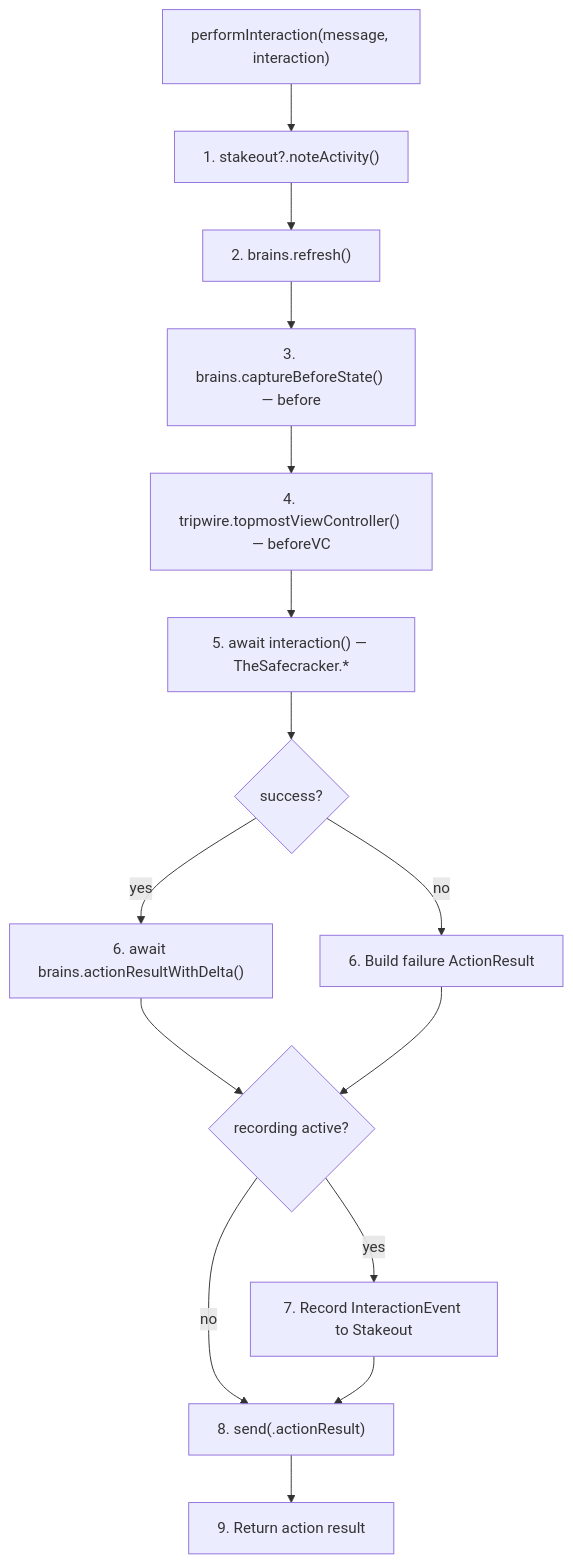
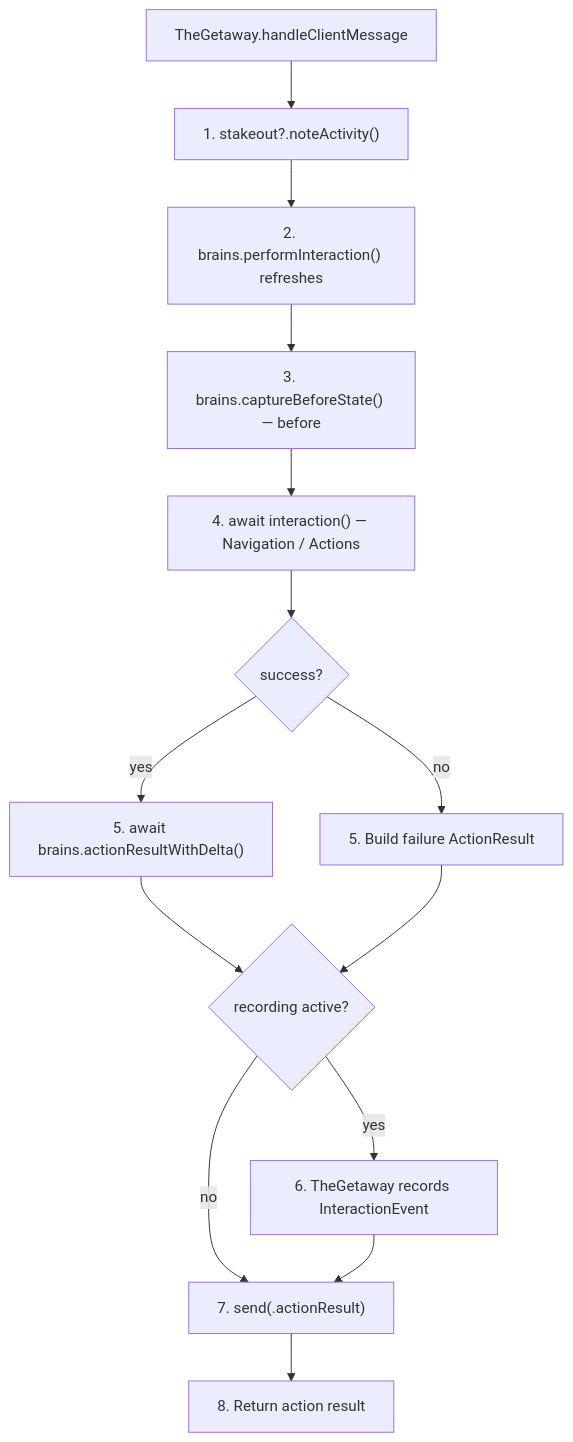
Before and after one commit to RoyalPineapple/TheButtonHeist: the fourth of 6 diagrams in docs/dossiers/06-THEINSIDEJOB.md, drawn with Mermaid. The commit also changed other lines of this file and 36 other files, not shown here.

````diff
--- a/docs/dossiers/06-THEINSIDEJOB.md
+++ b/docs/dossiers/06-THEINSIDEJOB.md
@@ -145,18 +136,17 @@
 ```mermaid
 flowchart TD
-    Start["performInteraction(message, interaction)"]
+    Start["TheGetaway.handleClientMessage"]
     Start --> S1["1. stakeout?.noteActivity()"]
-    S1 --> S2["2. brains.refresh()"]
+    S1 --> S2["2. brains.performInteraction() refreshes"]
     S2 --> S3["3. brains.captureBeforeState() — before"]
-    S3 --> S3b["4. tripwire.topmostViewController() — beforeVC"]
-    S3b --> S4["5. await interaction() — TheSafecracker.*"]
+    S3 --> S4["4. await interaction() — Navigation / Actions"]
     S4 --> S5{"success?"}
-    S5 -->|yes| S5a["6. await brains.actionResultWithDelta()"]
-    S5 -->|no| S5b["6. Build failure ActionResult"]
+    S5 -->|yes| S5a["5. await brains.actionResultWithDelta()"]
+    S5 -->|no| S5b["5. Build failure ActionResult"]
     S5a --> S6{"recording active?"}
     S5b --> S6
-    S6 -->|yes| S6a["7. Record InteractionEvent to Stakeout"]
-    S6 -->|no| S7["8. send(.actionResult)"]
+    S6 -->|yes| S6a["6. TheGetaway records InteractionEvent"]
+    S6 -->|no| S7["7. send(.actionResult)"]
     S6a --> S7
-    S7 --> S8["9. Return action result"]
+    S7 --> S8["8. Return action result"]
 ```
````
